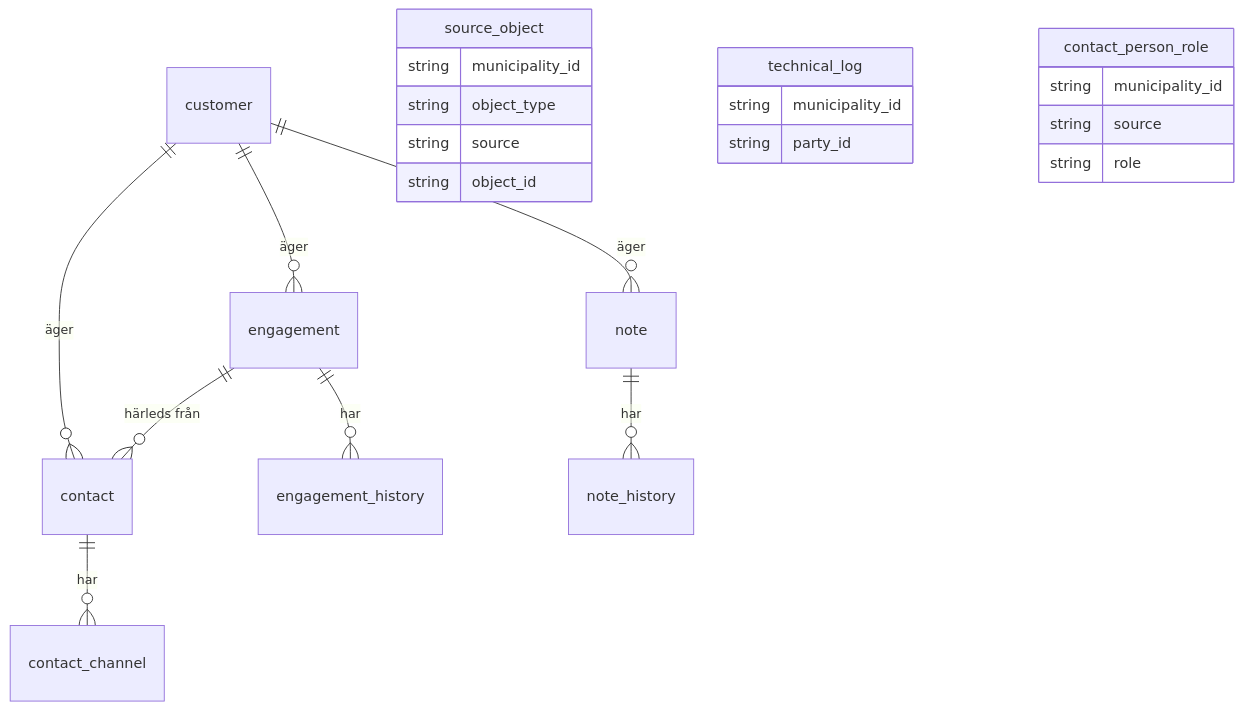
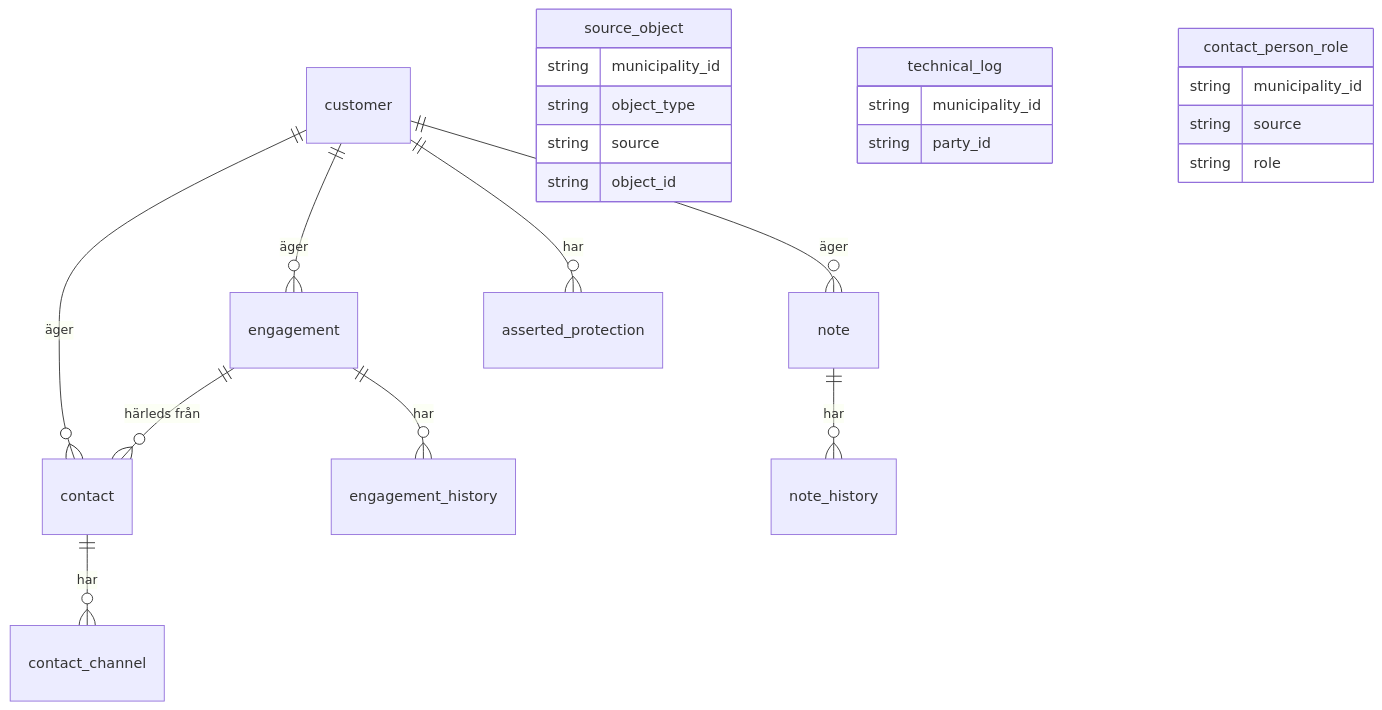
Before and after one commit to Sundsvallskommun/api-service-party-overview: the diagram in docs/arkitektur/04-datamodell.md, drawn with Mermaid. The commit also changed other lines of this file and 9 other files, not shown here.

````diff
--- a/docs/arkitektur/04-datamodell.md
+++ b/docs/arkitektur/04-datamodell.md
@@ -7,25 +7,26 @@
 ```mermaid
 erDiagram
     customer ||--o{ engagement : "äger"
     customer ||--o{ contact : "äger"
     customer ||--o{ note : "äger"
+    customer ||--o{ asserted_protection : "har"
     engagement ||--o{ engagement_history : "har"
     engagement ||--o{ contact : "härleds från"
     contact ||--o{ contact_channel : "har"
     note ||--o{ note_history : "har"
     source_object {
         string municipality_id
         string object_type
         string source
         string object_id
     }
     technical_log {
         string municipality_id
         string party_id
     }
     contact_person_role {
         string municipality_id
         string source
         string role
     }
 ```
````
